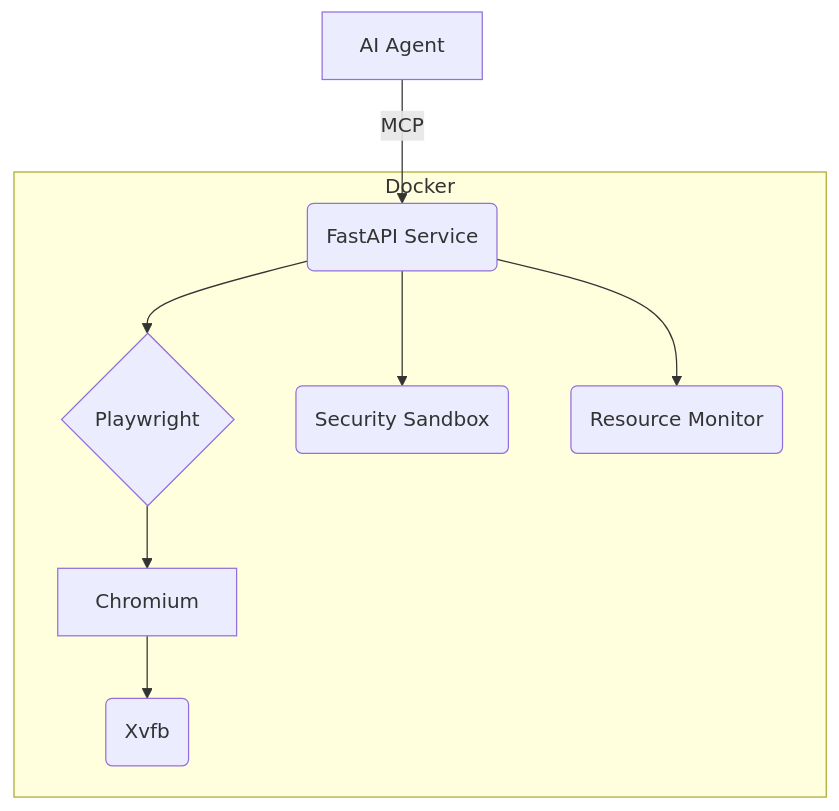
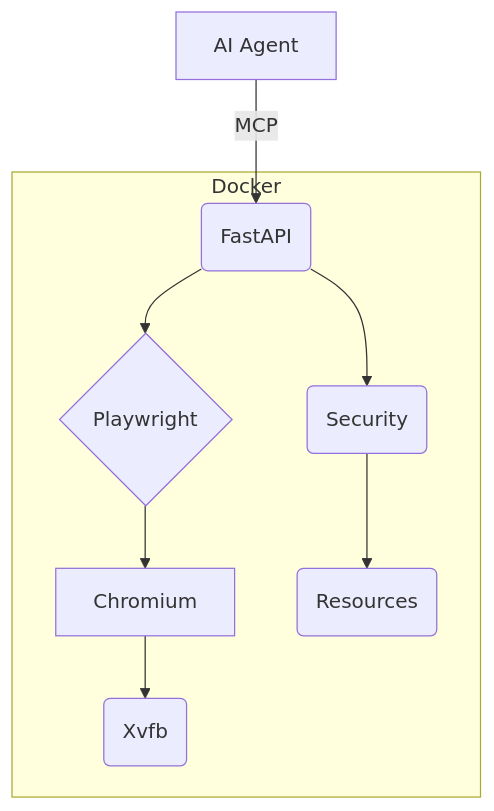
One commit to neoforge-dev/mcp-browser changed the diagram in memory-bank/project-brief.md. Above: the diagram before and after it, drawn with Mermaid. The commit also changed other lines of this file and 13 other files, not shown here.

First line of the commit message:
Enhance Docker configuration and testing framework for MCP Browser

````diff
--- a/memory-bank/project-brief.md
+++ b/memory-bank/project-brief.md
@@ -28,11 +27,8 @@
 ```mermaid
 graph TD
-    A[AI Agent] -->|MCP| B(FastAPI Service);
-    subgraph Docker
-      B --> C{Playwright};
-      C --> D[Chromium];
-      D --> E(Xvfb);
-      B --> F(Security Sandbox);
-      B --> G(Resource Monitor);
-    end
+  A[AI Agent] -->|MCP| B(FastAPI);
+  subgraph Docker
+    B --> C{Playwright} --> D[Chromium] --> E(Xvfb);
+    B --> F(Security) --> G(Resources);
+  end
 ``` 
````
